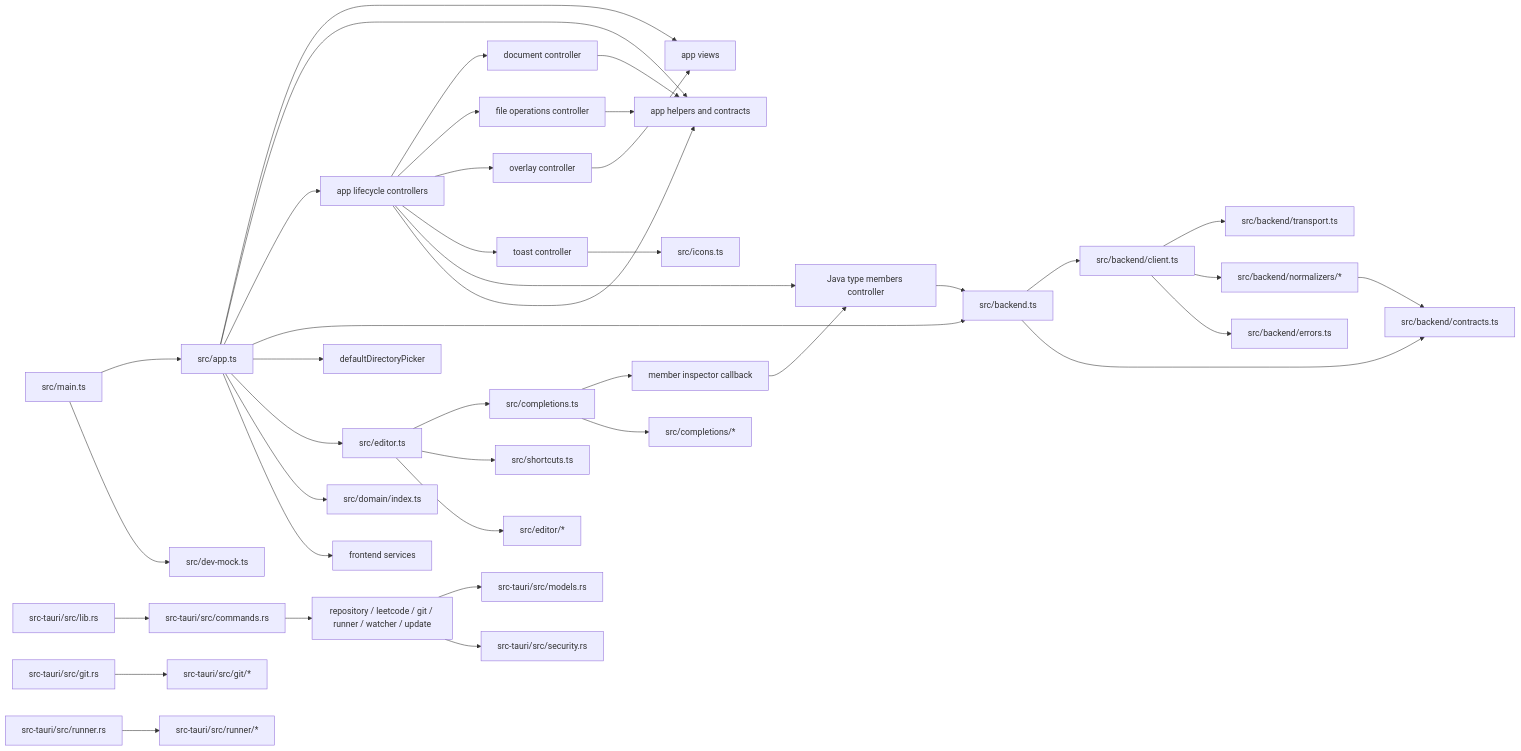
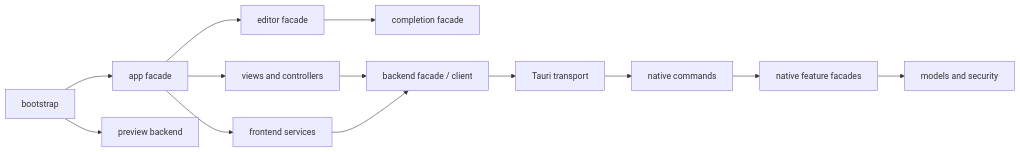
Before and after one commit to ShanePark/leetcoder: the diagram in docs/architecture.md, drawn with Mermaid. The commit also changed other lines of this file and 114 other files, not shown here.

````diff
--- a/docs/architecture.md
+++ b/docs/architecture.md
@@ -76,42 +25,15 @@
 ```mermaid
 flowchart LR
-  main[src/main.ts] --> app[src/app.ts]
-  main --> mock[src/dev-mock.ts]
-  app --> appViews[app views]
-  app --> appParts[app helpers and contracts]
-  app --> appControllers[app lifecycle controllers]
-  appControllers --> documentCtrl[document controller]
-  appControllers --> fileOpsCtrl[file operations controller]
-  appControllers --> overlayCtrl[overlay controller]
-  appControllers --> toastCtrl[toast controller]
-  appControllers --> javaMembersCtrl[Java type members controller]
-  documentCtrl --> appParts
-  fileOpsCtrl --> appParts
-  overlayCtrl --> appViews
-  toastCtrl --> icons[src/icons.ts]
-  app --> backend[src/backend.ts]
-  app --> picker[defaultDirectoryPicker]
-  app --> editor[src/editor.ts]
-  app --> domain[src/domain/index.ts]
+  main[bootstrap] --> app[app facade]
+  main --> mock[preview backend]
+  app --> ui[views and controllers]
+  app --> editor[editor facade]
+  editor --> completions[completion facade]
   app --> services[frontend services]
-  appControllers --> appParts
-  editor --> completion[src/completions.ts]
-  completion --> memberInspector[member inspector callback]
-  memberInspector --> javaMembersCtrl
-  javaMembersCtrl --> backend
-  editor --> shortcuts[src/shortcuts.ts]
-  editor --> editorParts[src/editor/*]
-  completion --> completionParts[src/completions/*]
-  backend --> client[src/backend/client.ts]
-  backend --> contracts[src/backend/contracts.ts]
-  client --> transport[src/backend/transport.ts]
-  client --> normalizers[src/backend/normalizers/*]
-  client --> errors[src/backend/errors.ts]
-  normalizers --> contracts
-  lib[src-tauri/src/lib.rs] --> commands[src-tauri/src/commands.rs]
-  commands --> native[repository / leetcode / git / runner / watcher / update]
-  native --> models[src-tauri/src/models.rs]
-  native --> security[src-tauri/src/security.rs]
-  git[src-tauri/src/git.rs] --> gitParts[src-tauri/src/git/*]
-  runner[src-tauri/src/runner.rs] --> runnerParts[src-tauri/src/runner/*]
+  ui --> backend[backend facade / client]
+  services --> backend
+  backend --> transport[Tauri transport]
+  transport --> commands[native commands]
+  commands --> features[native feature facades]
+  features --> models[models and security]
 ```
````
